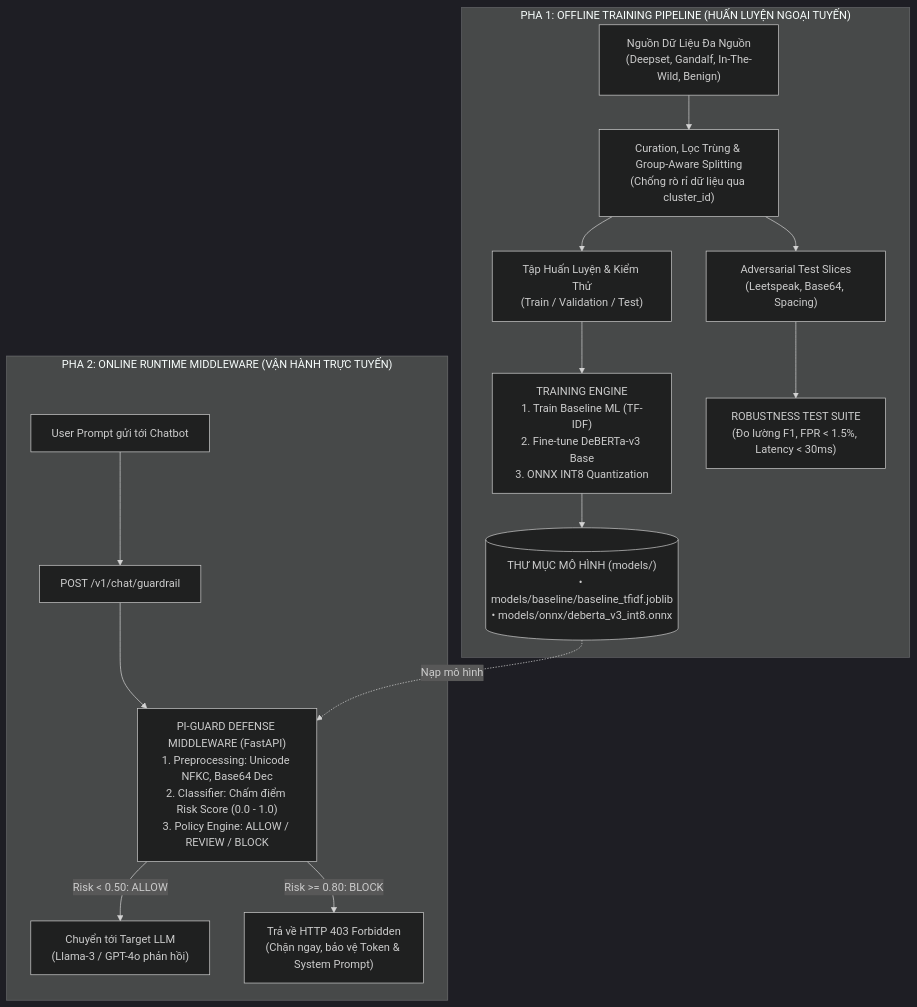
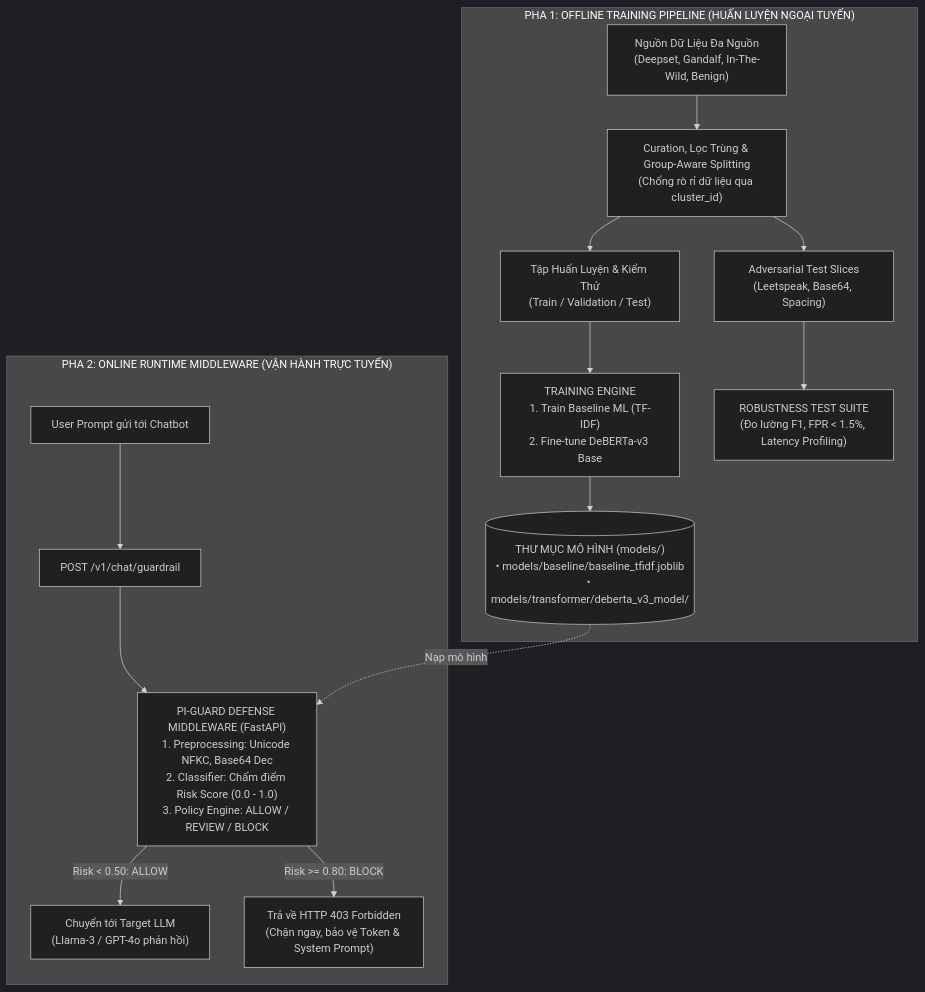
The fifth of 5 diagrams in Final-Report/thesis/Review1_Problem_Definition_and_Threat_Model.md (nvtruongops/pi-guard), drawn with Mermaid (dark theme) before and after one commit. The commit also changed other lines of this file and 184 other files, not shown here.

````diff
--- a/Final-Report/thesis/Review1_Problem_Definition_and_Threat_Model.md
+++ b/Final-Report/thesis/Review1_Problem_Definition_and_Threat_Model.md
@@ -279,19 +277,19 @@
 ```mermaid
 flowchart TD
     subgraph Phase1["PHA 1: OFFLINE TRAINING PIPELINE (HUẤN LUYỆN NGOẠI TUYẾN)"]
         Data["Nguồn Dữ Liệu Đa Nguồn<br/>(Deepset, Gandalf, In-The-Wild, Benign)"] --> Pre["Curation, Lọc Trùng & Group-Aware Splitting<br/>(Chống rò rỉ dữ liệu qua cluster_id)"]
         Pre --> TrainSplit["Tập Huấn Luyện & Kiểm Thử<br/>(Train / Validation / Test)"]
         Pre --> AdvTest["Adversarial Test Slices<br/>(Leetspeak, Base64, Spacing)"]
-        TrainSplit --> Engine["TRAINING ENGINE<br/>1. Train Baseline ML (TF-IDF)<br/>2. Fine-tune DeBERTa-v3 Base<br/>3. ONNX INT8 Quantization"]
-        AdvTest --> RobSuite["ROBUSTNESS TEST SUITE<br/>(Đo lường F1, FPR < 1.5%, Latency < 30ms)"]
-        Engine --> ModelStore[("THƯ MỤC MÔ HÌNH (models/)<br/>• models/baseline/baseline_tfidf.joblib<br/>• models/onnx/deberta_v3_int8.onnx")]
+        TrainSplit --> Engine["TRAINING ENGINE<br/>1. Train Baseline ML (TF-IDF)<br/>2. Fine-tune DeBERTa-v3 Base"]
+        AdvTest --> RobSuite["ROBUSTNESS TEST SUITE<br/>(Đo lường F1, FPR < 1.5%, Latency Profiling)"]
+        Engine --> ModelStore[("THƯ MỤC MÔ HÌNH (models/)<br/>• models/baseline/baseline_tfidf.joblib<br/>• models/transformer/deberta_v3_model/")]
     end
     
     subgraph Phase2["PHA 2: ONLINE RUNTIME MIDDLEWARE (VẬN HÀNH TRỰC TUYẾN)"]
         UserReq["User Prompt gửi tới Chatbot"] --> PostReq["POST /v1/chat/guardrail"]
         PostReq --> MW["PI-GUARD DEFENSE MIDDLEWARE (FastAPI)<br/>1. Preprocessing: Unicode NFKC, Base64 Dec<br/>2. Classifier: Chấm điểm Risk Score (0.0 - 1.0)<br/>3. Policy Engine: ALLOW / REVIEW / BLOCK"]
         ModelStore -.->|Nạp mô hình| MW
         MW -->|Risk < 0.50: ALLOW| LLM["Chuyển tới Target LLM<br/>(Llama-3 / GPT-4o phản hồi)"]
         MW -->|Risk >= 0.80: BLOCK| Block403["Trả về HTTP 403 Forbidden<br/>(Chặn ngay, bảo vệ Token & System Prompt)"]
     end
 ```
````
